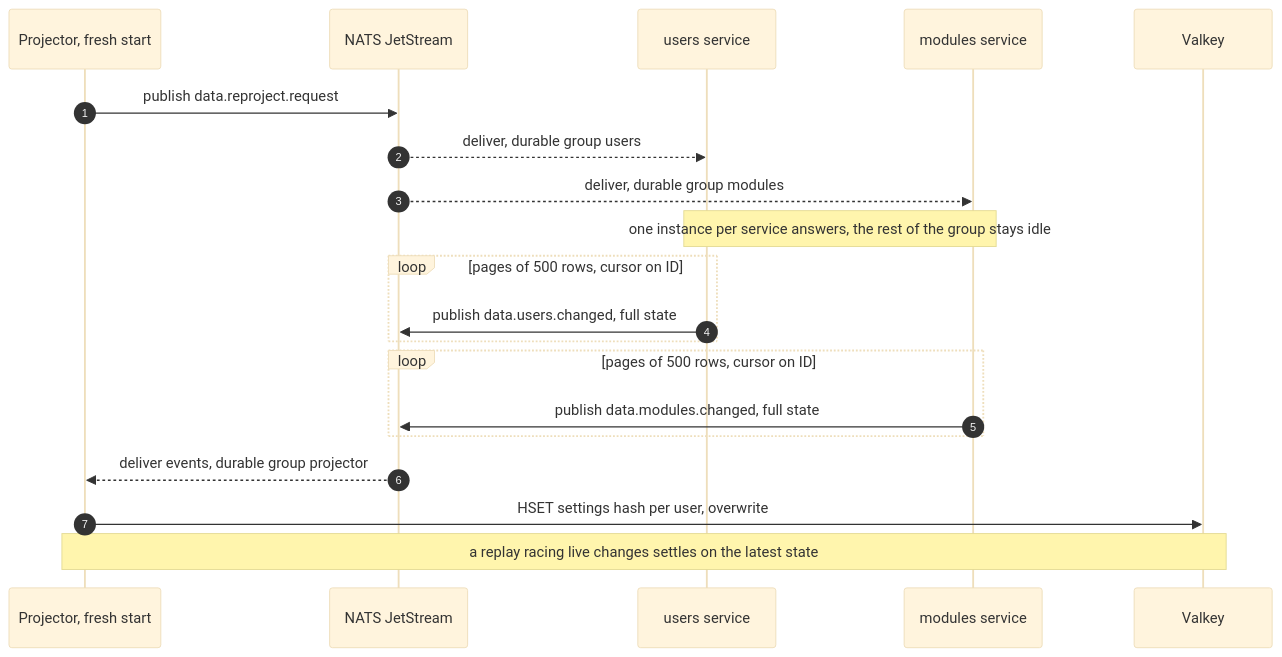
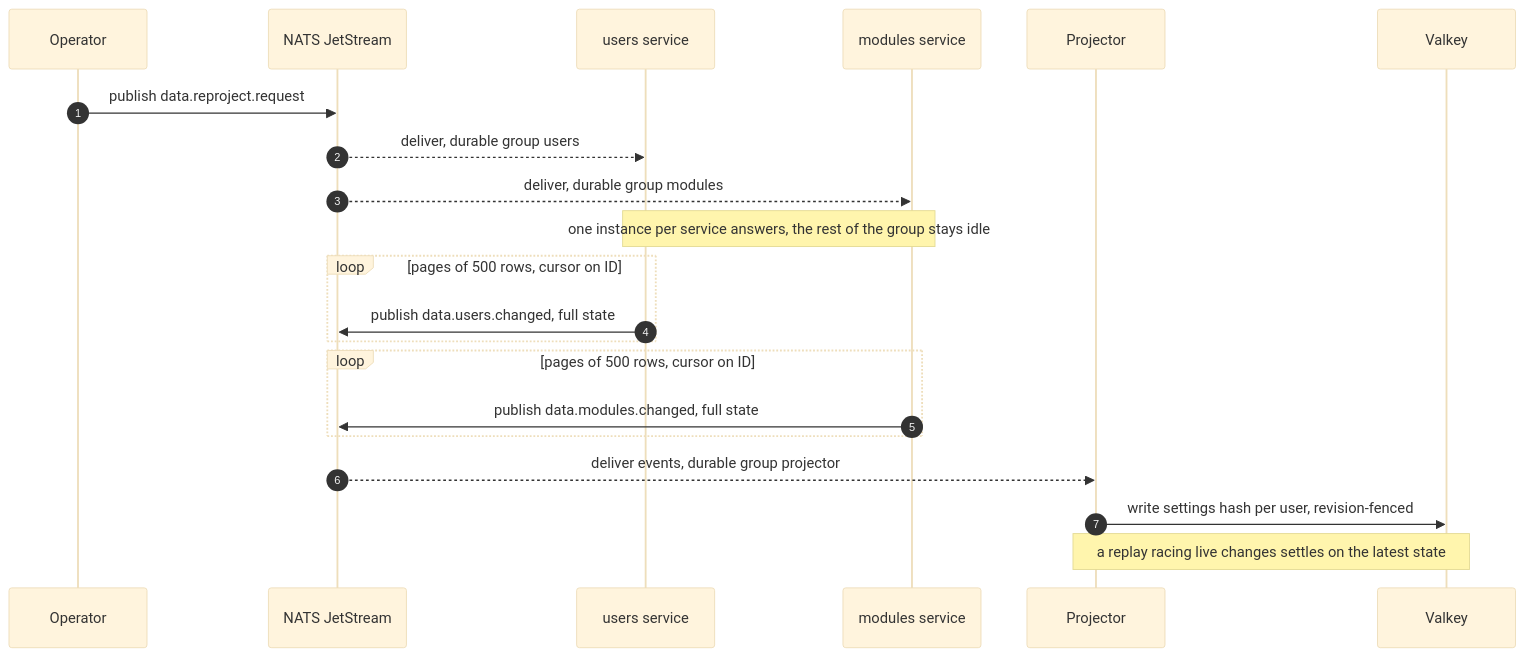
One commit to AdamOusmer/ItsBagelBot changed the diagram in web/docs/src/content/docs/data-and-state/projection.md. Above: the diagram before and after it, drawn with Mermaid (base theme). The commit also changed other lines of this file and 97 other files, not shown here.

````diff
--- a/web/docs/src/content/docs/data-and-state/projection.md
+++ b/web/docs/src/content/docs/data-and-state/projection.md
@@ -50,23 +74,24 @@
 ```mermaid
 sequenceDiagram
     autonumber
-    participant P as Projector, fresh start
+    participant O as Operator
     participant N as NATS JetStream
     participant U as users service
     participant M as modules service
+    participant P as Projector
     participant V as Valkey
 
-    P->>N: publish data.reproject.request
+    O->>N: publish data.reproject.request
     N-->>U: deliver, durable group users
     N-->>M: deliver, durable group modules
     Note over U,M: one instance per service answers, the rest of the group stays idle
     loop pages of 500 rows, cursor on ID
         U->>N: publish data.users.changed, full state
     end
     loop pages of 500 rows, cursor on ID
         M->>N: publish data.modules.changed, full state
     end
     N-->>P: deliver events, durable group projector
-    P->>V: HSET settings hash per user, overwrite
+    P->>V: write settings hash per user, revision-fenced
     Note over P,V: a replay racing live changes settles on the latest state
 ```
````
